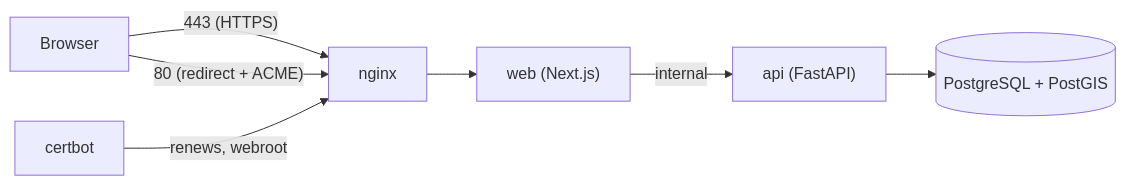
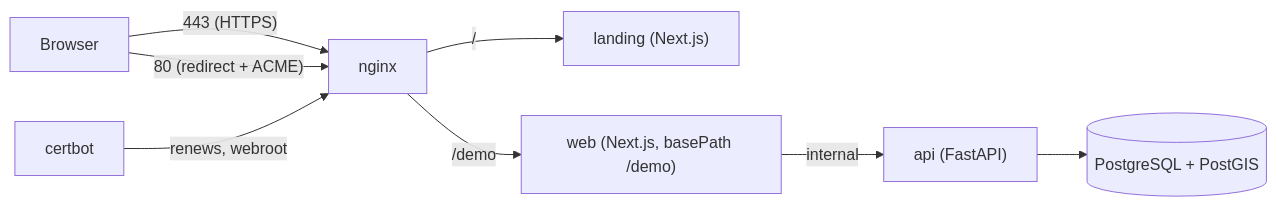
Before and after one commit to jose-fernando-1/CropShift: the diagram in deployment/README.md, drawn with Mermaid. The commit also changed other lines of this file and 6 other files, not shown here.

First line of the commit message:
feat(deployment): serve landing at / and app under /demo

````diff
--- a/deployment/README.md
+++ b/deployment/README.md
@@ -21,9 +21,10 @@
 ```mermaid
 flowchart LR
   U["Browser"] -->|"443 (HTTPS)"| N["nginx"]
   U -->|"80 (redirect + ACME)"| N
-  N --> W["web (Next.js)"]
+  N -->|"/"| L["landing (Next.js)"]
+  N -->|"/demo"| W["web (Next.js, basePath /demo)"]
   W -->|"internal"| A["api (FastAPI)"]
   A --> D[("PostgreSQL + PostGIS")]
   C["certbot"] -->|"renews, webroot"| N
 ```
````
